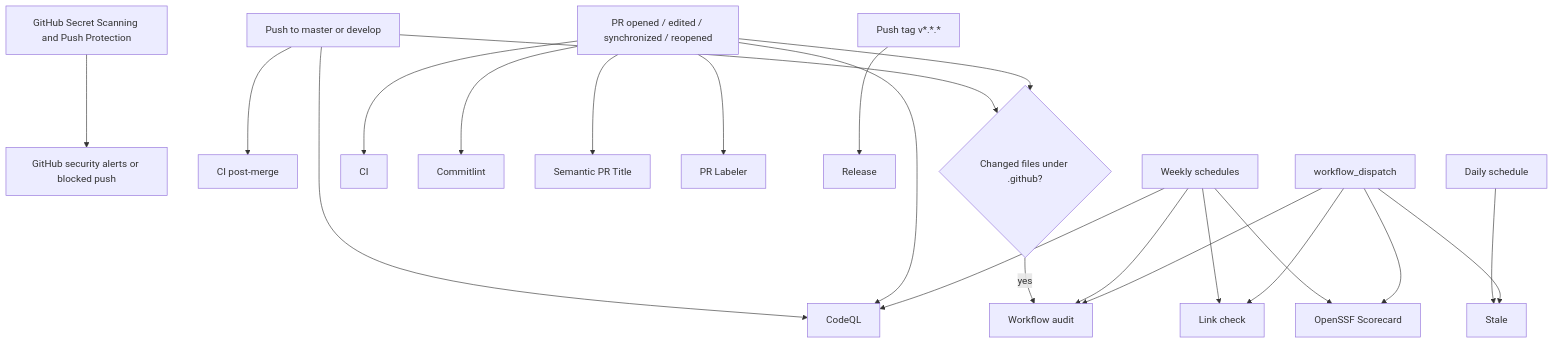
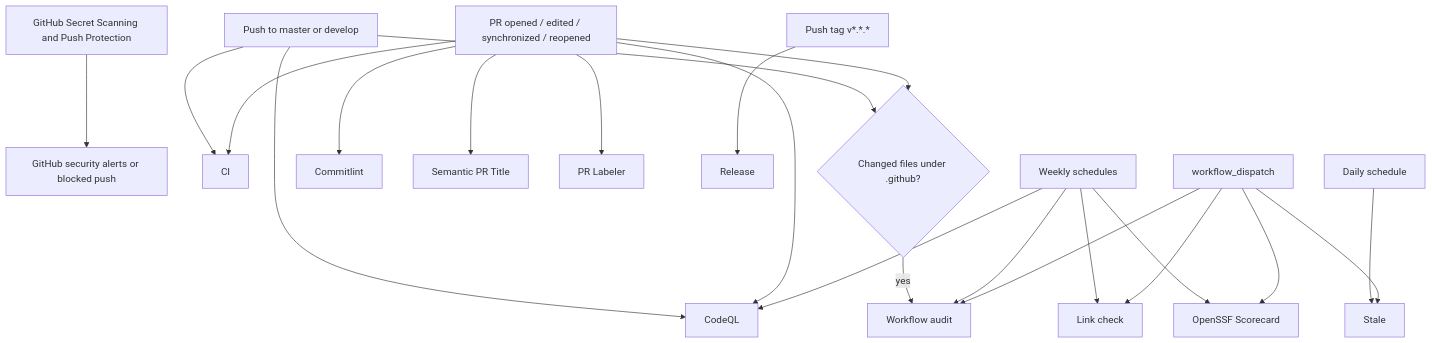
The first of 4 diagrams in WORKFLOWS.md (jooservices/media-downloader), drawn with Mermaid before and after one commit. The commit also changed other lines of this file and 6 other files, not shown here.

````diff
--- a/WORKFLOWS.md
+++ b/WORKFLOWS.md
@@ -7,30 +7,30 @@
 ```mermaid
 flowchart TD
     native[GitHub Secret Scanning and Push Protection] --> Alerts[GitHub security alerts or blocked push]
 
-    push[Push to master or develop] --> PostMerge[CI post-merge]
+    push[Push to master or develop] --> CI[CI]
     push --> CodeQL[CodeQL]
     push --> Audit{Changed files under .github?}
     Audit -->|yes| WorkflowAudit[Workflow audit]
 
     pr[PR opened / edited / synchronized / reopened] --> CI[CI]
     pr --> CodeQL
     pr --> Commitlint[Commitlint]
     pr --> Semantic[Semantic PR Title]
     pr --> PathLabel[PR Labeler]
     pr --> Audit
 
     tag[Push tag v*.*.*] --> Release[Release]
 
     weekly[Weekly schedules] --> CodeQL
     weekly --> LinkCheck[Link check]
     weekly --> Scorecard[OpenSSF Scorecard]
     weekly --> WorkflowAudit
 
     daily[Daily schedule] --> Stale[Stale]
 
     manual[workflow_dispatch] --> LinkCheck
     manual --> Scorecard
     manual --> Stale
     manual --> WorkflowAudit
 ```
````
